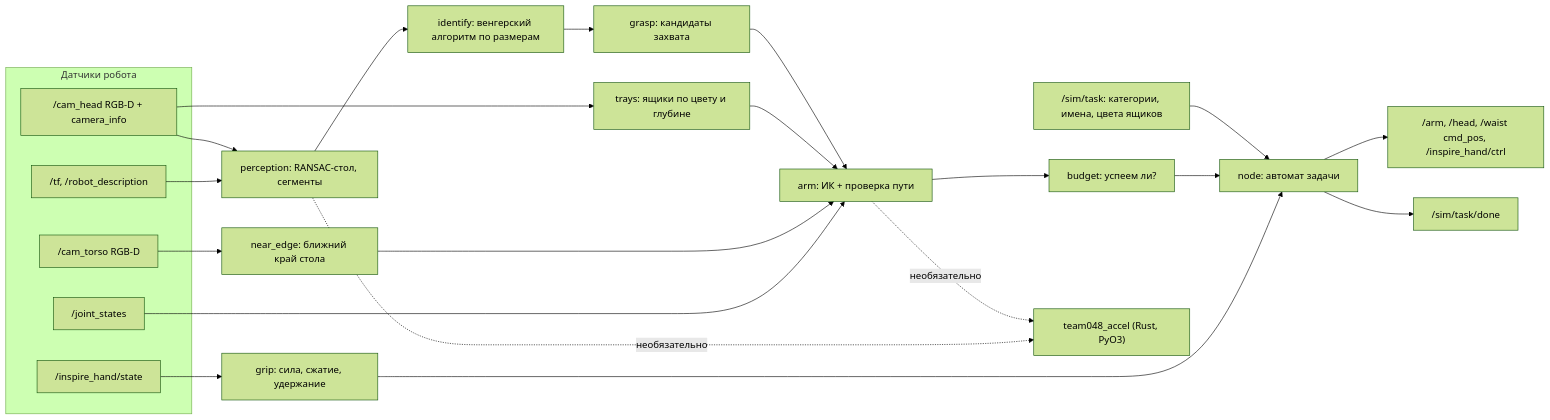
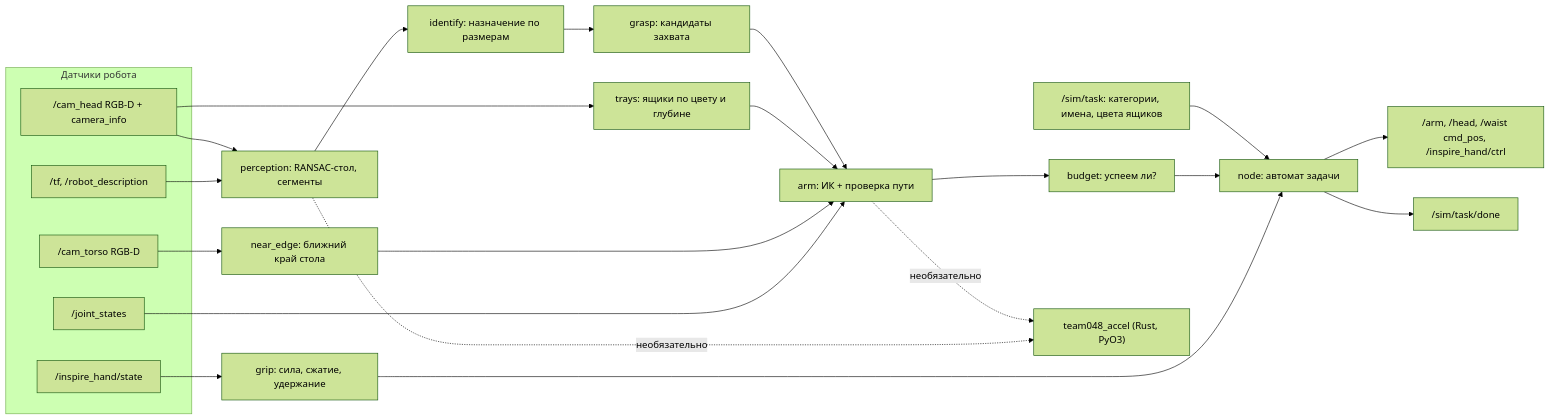
Before and after one commit to KonkovDV/DeftSort: the first of 2 diagrams in README.md, drawn with Mermaid (forest theme). The commit also changed other lines of this file and 6 other files, not shown here.

````diff
--- a/README.md
+++ b/README.md
@@ -86,29 +86,29 @@
 ```mermaid
 flowchart LR
   subgraph S["Датчики робота"]
     HC["/cam_head RGB-D + camera_info"]
     TC["/cam_torso RGB-D"]
     JS["/joint_states"]
     IH["/inspire_hand/state"]
     TF["/tf, /robot_description"]
   end
   T["/sim/task: категории, имена, цвета ящиков"] --> N
   HC --> P["perception: RANSAC-стол, сегменты"]
   TC --> E["near_edge: ближний край стола"]
   HC --> Y["trays: ящики по цвету и глубине"]
   TF --> P
-  P --> I["identify: венгерский алгоритм по размерам"]
+  P --> I["identify: назначение по размерам"]
   I --> G["grasp: кандидаты захвата"]
   G --> A["arm: ИК + проверка пути"]
   Y --> A
   E --> A
   JS --> A
   A --> B["budget: успеем ли?"]
   B --> N["node: автомат задачи"]
   IH --> R["grip: сила, сжатие, удержание"]
   R --> N
   N --> C["/arm, /head, /waist cmd_pos, /inspire_hand/ctrl"]
   N --> D["/sim/task/done"]
   A -. "необязательно" .-> X["team048_accel (Rust, PyO3)"]
   P -. "необязательно" .-> X
 ```
````
